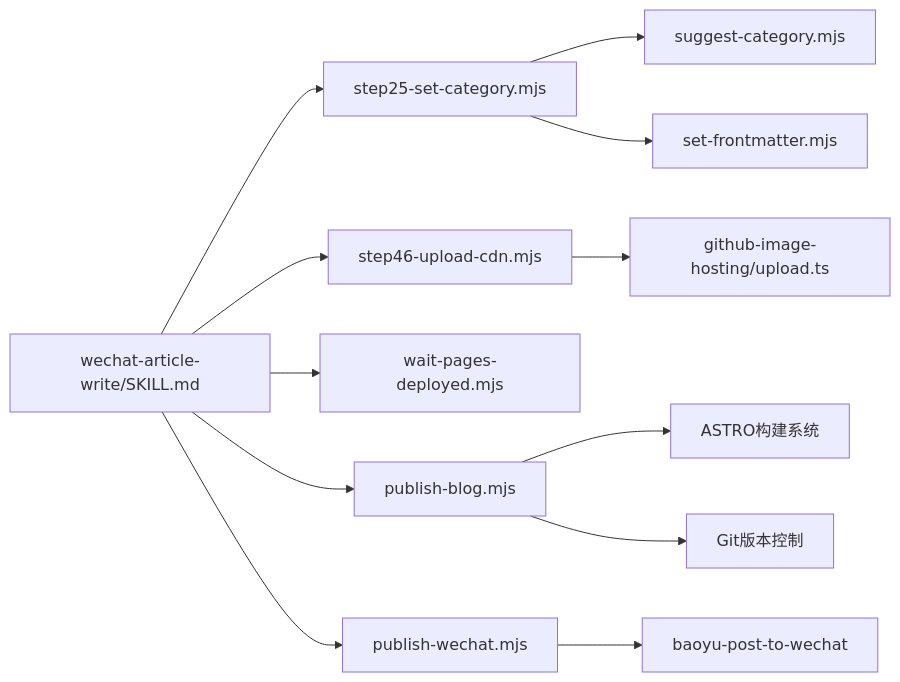
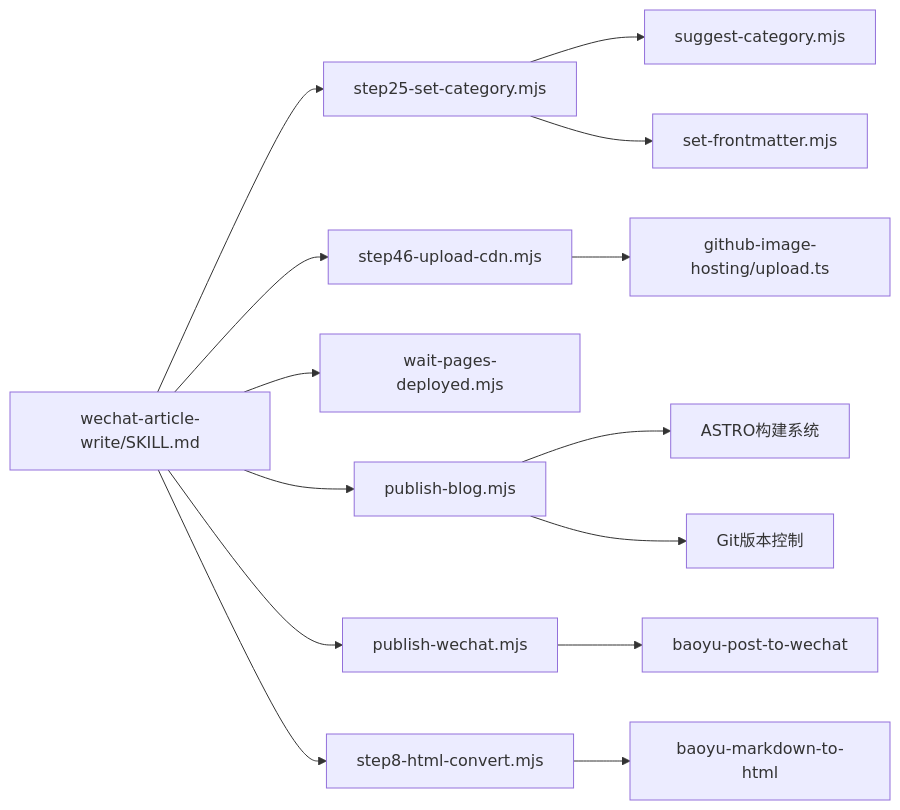
The ninth of 9 diagrams in .qoder/repowiki/zh/content/AI 技能系统/发布自动化技能/微信文章写作管线.md (NTLx/ntlx.github.io), drawn with Mermaid before and after one commit. The commit also changed other lines of this file and 3 other files, not shown here.

````diff
--- a/.qoder/repowiki/zh/content/AI 技能系统/发布自动化技能/微信文章写作管线.md
+++ b/.qoder/repowiki/zh/content/AI 技能系统/发布自动化技能/微信文章写作管线.md
@@ -291,14 +340,16 @@
 ```mermaid
 graph LR
 WAW["wechat-article-write/SKILL.md"] --> STEP25["step25-set-category.mjs"]
 WAW --> STEP46["step46-upload-cdn.mjs"]
 WAW --> WAITPAGES["wait-pages-deployed.mjs"]
 WAW --> PUBLISHBLOG["publish-blog.mjs"]
 WAW --> PUBLISHWC["publish-wechat.mjs"]
+WAW --> STEP8["step8-html-convert.mjs"]
 STEP25 --> SUGGEST["suggest-category.mjs"]
 STEP25 --> SETFM["set-frontmatter.mjs"]
 STEP46 --> GITHUB["github-image-hosting/upload.ts"]
 PUBLISHBLOG --> ASTRO["ASTRO构建系统"]
 PUBLISHBLOG --> GIT["Git版本控制"]
 PUBLISHWC --> WECHAT["baoyu-post-to-wechat"]
+STEP8 --> MARKDOWN["baoyu-markdown-to-html"]
 ```
````
